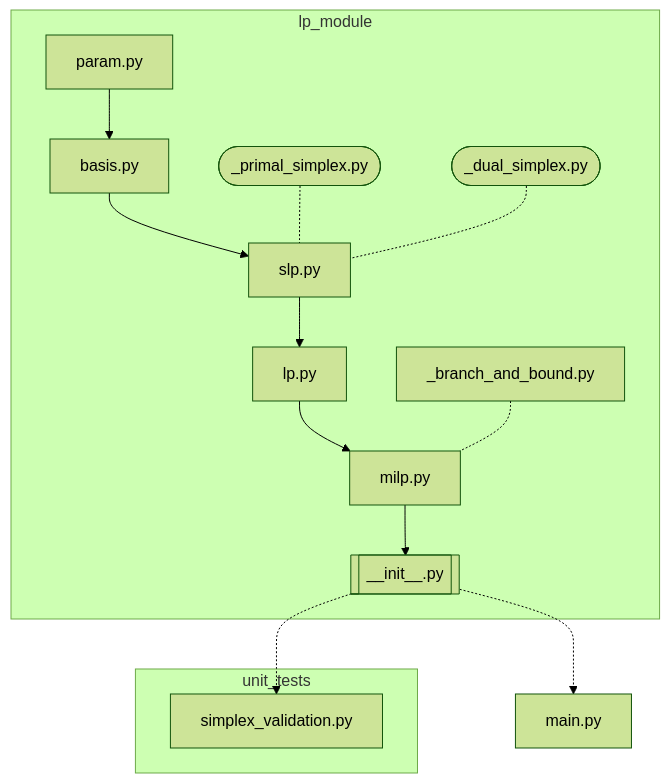
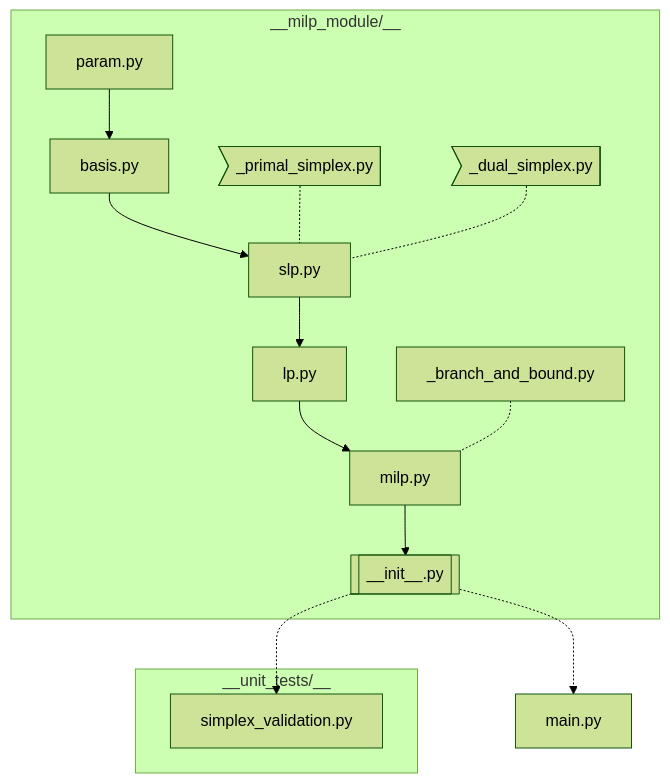
One commit to JeanPousset/MILP_solver changed the first of 2 diagrams in README.md. Above: the diagram before and after it, drawn with Mermaid (forest theme). The commit also changed 1 other file, not shown here.

Commit message:
check readme changes 2

````diff
--- a/README.md
+++ b/README.md
@@ -7,21 +7,21 @@
 ```mermaid
 graph TD; 
-  subgraph "lp_module"
+  subgraph __milp_module/__
     P[param.py] --> B[basis.py]
-    PS([_primal_simplex.py])
-    DS([_dual_simplex.py])
+    PS>_primal_simplex.py]
+    DS>_dual_simplex.py]
     B --> S[slp.py]
     PS -.- S
     DS -.- S
     S --> F[lp.py]
     F --> MILP[milp.py]
     BB[_branch_and_bound.py] -.- MILP
     MILP --> I[[__init__.py]]
     
   end
   I -.-> M[main.py]
-  subgraph "unit_tests"
+  subgraph __unit_tests/__
     V[simplex_validation.py]
   end
   I -.-> V
 ```
````
